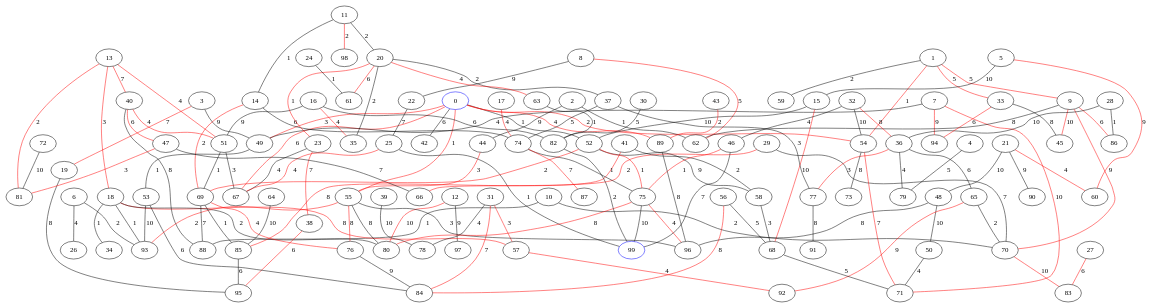
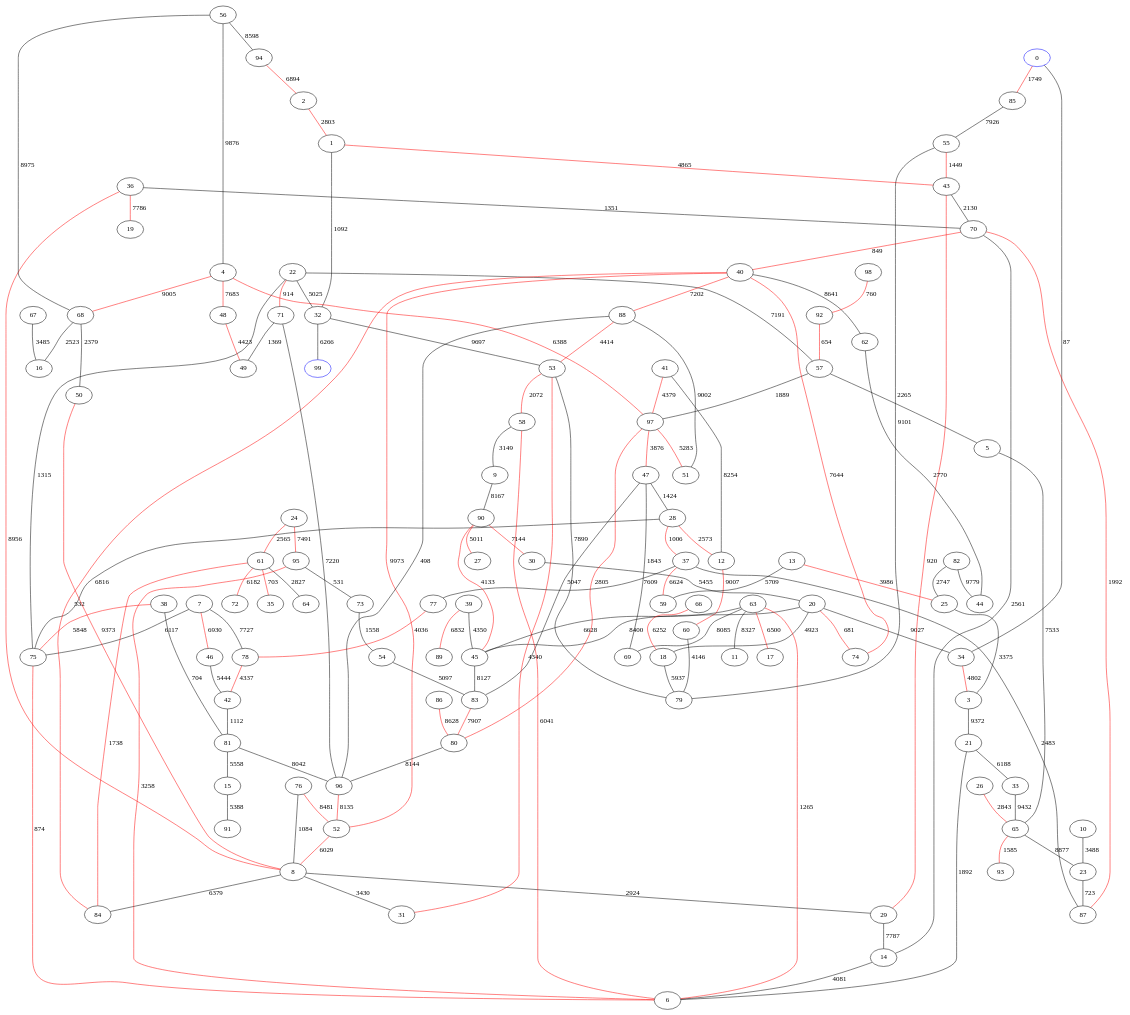
The diagram in graph.dot (scripe2022/hw3_q2), drawn with Graphviz before and after one commit. The commit also changed 8 other files, not shown here.

```diff
--- a/graph.dot
+++ b/graph.dot
@@ -1,143 +1,143 @@
 graph {
     0[color="blue"] 1 2 3 4 5 6 7 8 9 10 11 12 13 14 15 16 17 18 19 20 21 22 23 24 25 26 27 28 29 30 31 32 33 34 35 36 37 38 39 40 41 42 43 44 45 46 47 48 49 50 51 52 53 54 55 56 57 58 59 60 61 62 63 64 65 66 67 68 69 70 71 72 73 74 75 76 77 78 79 80 81 82 83 84 85 86 87 88 89 90 91 92 93 94 95 96 97 98 99[color="blue"];
-    0 -- 42 [label="6"];
-    0 -- 49 [label="3"color="red"];
-    0 -- 52 [label="1"];
-    0 -- 54 [label="2"color="red"];
-    0 -- 55 [label="1"color="red"];
-    0 -- 67 [label="6"color="red"];
-    0 -- 89 [label="4"color="red"];
-    1 -- 9 [label="5"color="red"];
-    1 -- 33 [label="5"color="red"];
-    1 -- 54 [label="1"color="red"];
-    1 -- 59 [label="2"];
-    2 -- 44 [label="9"];
-    2 -- 62 [label="1"];
-    3 -- 19 [label="7"color="red"];
-    3 -- 49 [label="9"];
-    4 -- 79 [label="5"];
-    5 -- 15 [label="10"];
-    5 -- 60 [label="9"color="red"];
-    6 -- 26 [label="4"];
-    6 -- 93 [label="2"];
-    7 -- 49 [label="4"];
-    7 -- 71 [label="10"color="red"];
-    7 -- 94 [label="9"color="red"];
-    8 -- 22 [label="9"];
-    8 -- 62 [label="5"color="red"];
-    9 -- 45 [label="10"color="red"];
-    9 -- 62 [label="8"];
-    9 -- 70 [label="9"color="red"];
-    9 -- 86 [label="6"color="red"];
-    10 -- 70 [label="2"];
-    10 -- 88 [label="1"];
-    11 -- 14 [label="1"];
-    11 -- 20 [label="2"];
-    11 -- 98 [label="2"color="red"];
-    12 -- 80 [label="10"color="red"];
-    12 -- 97 [label="9"];
-    13 -- 18 [label="3"color="red"];
-    13 -- 40 [label="7"color="red"];
-    13 -- 51 [label="4"color="red"];
-    13 -- 81 [label="2"color="red"];
-    14 -- 69 [label="2"color="red"];
-    14 -- 74 [label="6"];
-    15 -- 52 [label="10"];
-    15 -- 68 [label="10"color="red"];
-    16 -- 35 [label="4"color="red"];
-    16 -- 51 [label="9"];
-    16 -- 82 [label="6"];
-    17 -- 74 [label="4"color="red"];
-    18 -- 34 [label="1"];
-    18 -- 57 [label="8"color="red"];
-    18 -- 80 [label="2"];
-    18 -- 93 [label="1"];
-    19 -- 95 [label="8"];
-    20 -- 23 [label="1"color="red"];
-    20 -- 35 [label="2"];
-    20 -- 37 [label="2"];
-    20 -- 61 [label="6"color="red"];
-    20 -- 63 [label="4"color="red"];
-    21 -- 48 [label="10"];
-    21 -- 60 [label="4"color="red"];
-    21 -- 90 [label="9"];
-    22 -- 25 [label="7"];
-    23 -- 38 [label="7"color="red"];
-    23 -- 67 [label="4"];
-    24 -- 61 [label="1"];
-    25 -- 67 [label="4"color="red"];
-    25 -- 99 [label="1"];
-    27 -- 83 [label="6"color="red"];
-    28 -- 36 [label="10"];
-    28 -- 86 [label="1"];
-    29 -- 66 [label="2"color="red"];
-    29 -- 70 [label="7"];
-    30 -- 82 [label="5"];
-    31 -- 57 [label="3"color="red"];
-    31 -- 78 [label="4"];
-    31 -- 84 [label="7"color="red"];
-    32 -- 36 [label="8"color="red"];
-    32 -- 46 [label="4"];
-    32 -- 54 [label="10"];
-    33 -- 45 [label="8"];
-    33 -- 94 [label="6"color="red"];
-    36 -- 65 [label="6"];
-    36 -- 77 [label="3"color="red"];
-    36 -- 79 [label="4"];
-    37 -- 74 [label="5"];
-    37 -- 77 [label="3"];
-    38 -- 95 [label="6"color="red"];
-    39 -- 78 [label="10"];
-    40 -- 47 [label="6"color="red"];
-    40 -- 51 [label="4"color="red"];
-    40 -- 88 [label="8"];
-    41 -- 58 [label="2"];
-    41 -- 85 [label="8"color="red"];
-    43 -- 89 [label="2"color="red"];
-    44 -- 55 [label="3"color="red"];
-    46 -- 75 [label="1"color="red"];
-    46 -- 99 [label="7"];
-    47 -- 66 [label="7"];
-    47 -- 81 [label="3"color="red"];
-    48 -- 50 [label="10"];
-    48 -- 96 [label="8"];
-    49 -- 53 [label="1"];
-    50 -- 71 [label="4"];
-    51 -- 67 [label="3"];
-    51 -- 69 [label="1"];
-    52 -- 58 [label="9"];
-    52 -- 69 [label="2"color="red"];
-    52 -- 75 [label="1"color="red"];
-    53 -- 84 [label="6"];
-    53 -- 93 [label="10"];
-    54 -- 71 [label="7"color="red"];
-    54 -- 73 [label="8"];
-    55 -- 76 [label="8"color="red"];
-    55 -- 80 [label="8"];
-    55 -- 93 [label="2"color="red"];
-    55 -- 96 [label="3"];
-    56 -- 68 [label="5"];
-    56 -- 84 [label="8"color="red"];
-    57 -- 92 [label="4"color="red"];
-    58 -- 68 [label="3"];
-    63 -- 82 [label="1"];
-    64 -- 85 [label="10"];
-    65 -- 70 [label="2"];
-    65 -- 92 [label="9"color="red"];
-    68 -- 71 [label="5"];
-    69 -- 76 [label="4"color="red"];
-    69 -- 85 [label="1"];
-    69 -- 88 [label="7"];
-    70 -- 83 [label="10"color="red"];
-    72 -- 81 [label="10"];
-    74 -- 75 [label="1"];
-    74 -- 87 [label="7"color="red"];
-    75 -- 80 [label="8"color="red"];
-    75 -- 96 [label="4"color="red"];
-    75 -- 99 [label="10"];
-    76 -- 84 [label="9"];
-    77 -- 91 [label="8"];
-    82 -- 99 [label="2"];
-    85 -- 95 [label="6"];
-    89 -- 96 [label="8"];
+    90 -- 45 [label="4133"color="red"];
+    20 -- 34 [label="9027"];
+    46 -- 42 [label="5444"];
+    48 -- 49 [label="4423"color="red"];
+    4 -- 48 [label="7683"color="red"];
+    43 -- 70 [label="2130"];
+    61 -- 35 [label="703"color="red"];
+    26 -- 65 [label="2843"color="red"];
+    14 -- 6 [label="4081"];
+    24 -- 95 [label="7491"color="red"];
+    39 -- 45 [label="4350"];
+    36 -- 8 [label="8956"color="red"];
+    9 -- 90 [label="8167"];
+    20 -- 45 [label="8400"];
+    61 -- 72 [label="6182"color="red"];
+    23 -- 87 [label="723"];
+    58 -- 9 [label="3149"];
+    70 -- 87 [label="1992"color="red"];
+    7 -- 78 [label="7727"];
+    43 -- 29 [label="920"color="red"];
+    22 -- 32 [label="5025"];
+    63 -- 6 [label="1265"color="red"];
+    37 -- 87 [label="2483"];
+    7 -- 46 [label="6930"color="red"];
+    39 -- 89 [label="6832"color="red"];
+    53 -- 31 [label="4340"color="red"];
+    57 -- 5 [label="2265"];
+    20 -- 18 [label="4923"];
+    94 -- 2 [label="6894"color="red"];
+    86 -- 80 [label="8628"color="red"];
+    97 -- 51 [label="5283"color="red"];
+    81 -- 96 [label="8042"];
+    30 -- 20 [label="5455"];
+    79 -- 53 [label="7899"];
+    42 -- 81 [label="1112"];
+    10 -- 23 [label="3488"];
+    47 -- 69 [label="1843"];
+    88 -- 51 [label="9002"];
+    22 -- 75 [label="1315"];
+    54 -- 83 [label="5097"];
+    97 -- 47 [label="3876"color="red"];
+    13 -- 25 [label="3986"color="red"];
+    24 -- 61 [label="2565"color="red"];
+    88 -- 96 [label="498"];
+    0 -- 34 [label="87"];
+    12 -- 60 [label="9007"color="red"];
+    28 -- 12 [label="2573"color="red"];
+    77 -- 78 [label="4036"color="red"];
+    29 -- 14 [label="7787"];
+    63 -- 69 [label="8085"];
+    13 -- 59 [label="5709"];
+    52 -- 8 [label="6029"color="red"];
+    22 -- 71 [label="914"color="red"];
+    80 -- 96 [label="8144"];
+    76 -- 52 [label="8481"color="red"];
+    37 -- 77 [label="7609"];
+    55 -- 79 [label="9101"];
+    8 -- 84 [label="6379"];
+    90 -- 30 [label="7144"color="red"];
+    67 -- 16 [label="3485"];
+    85 -- 55 [label="7926"];
+    47 -- 28 [label="1424"];
+    38 -- 81 [label="704"];
+    75 -- 6 [label="874"color="red"];
+    60 -- 79 [label="4146"];
+    40 -- 84 [label="532"color="red"];
+    63 -- 17 [label="6500"color="red"];
+    71 -- 49 [label="1369"];
+    3 -- 21 [label="9372"];
+    0 -- 85 [label="1749"color="red"];
+    32 -- 99 [label="6266"];
+    63 -- 45 [label="6628"];
+    82 -- 25 [label="2747"];
+    47 -- 83 [label="5047"];
+    4 -- 97 [label="6388"color="red"];
+    61 -- 84 [label="1738"color="red"];
+    96 -- 52 [label="8135"color="red"];
+    83 -- 80 [label="7907"color="red"];
+    40 -- 62 [label="8641"];
+    73 -- 54 [label="1558"];
+    58 -- 6 [label="6041"color="red"];
+    7 -- 75 [label="6117"];
+    18 -- 79 [label="5937"];
+    32 -- 53 [label="9697"];
+    21 -- 33 [label="6188"];
+    33 -- 65 [label="9432"];
+    95 -- 6 [label="3258"color="red"];
+    25 -- 3 [label="3375"];
+    56 -- 4 [label="9876"];
+    78 -- 42 [label="4337"color="red"];
+    28 -- 37 [label="1006"color="red"];
+    71 -- 96 [label="7220"];
+    41 -- 12 [label="8254"];
+    61 -- 64 [label="2827"];
+    57 -- 97 [label="1889"];
+    56 -- 94 [label="8598"];
+    74 -- 40 [label="7644"color="red"];
+    52 -- 40 [label="9973"color="red"];
+    82 -- 44 [label="9779"];
+    81 -- 15 [label="5558"];
+    21 -- 6 [label="1892"];
+    4 -- 68 [label="9005"color="red"];
+    50 -- 8 [label="9373"color="red"];
+    1 -- 32 [label="1092"];
+    90 -- 27 [label="5011"color="red"];
+    36 -- 70 [label="1351"];
+    70 -- 40 [label="849"color="red"];
+    65 -- 93 [label="1585"color="red"];
+    68 -- 50 [label="2379"];
+    88 -- 53 [label="4414"color="red"];
+    56 -- 68 [label="8975"];
+    41 -- 97 [label="4379"color="red"];
+    28 -- 75 [label="6816"];
+    62 -- 44 [label="2770"];
+    55 -- 43 [label="1449"color="red"];
+    20 -- 74 [label="681"color="red"];
+    66 -- 18 [label="6252"color="red"];
+    2 -- 1 [label="2803"color="red"];
+    1 -- 43 [label="4865"color="red"];
+    34 -- 3 [label="4802"color="red"];
+    45 -- 83 [label="8127"];
+    37 -- 59 [label="6624"color="red"];
+    68 -- 16 [label="2523"];
+    22 -- 57 [label="7191"];
+    76 -- 8 [label="1084"];
+    36 -- 19 [label="7786"color="red"];
+    8 -- 31 [label="3430"];
+    53 -- 58 [label="2072"color="red"];
+    8 -- 29 [label="2924"];
+    63 -- 11 [label="8327"];
+    5 -- 65 [label="7533"];
+    95 -- 73 [label="531"];
+    97 -- 80 [label="2805"color="red"];
+    65 -- 23 [label="8877"];
+    70 -- 14 [label="2561"];
+    92 -- 57 [label="654"color="red"];
+    15 -- 91 [label="5388"];
+    98 -- 92 [label="760"color="red"];
+    38 -- 75 [label="5848"color="red"];
+    40 -- 88 [label="7202"color="red"];
 }
```
